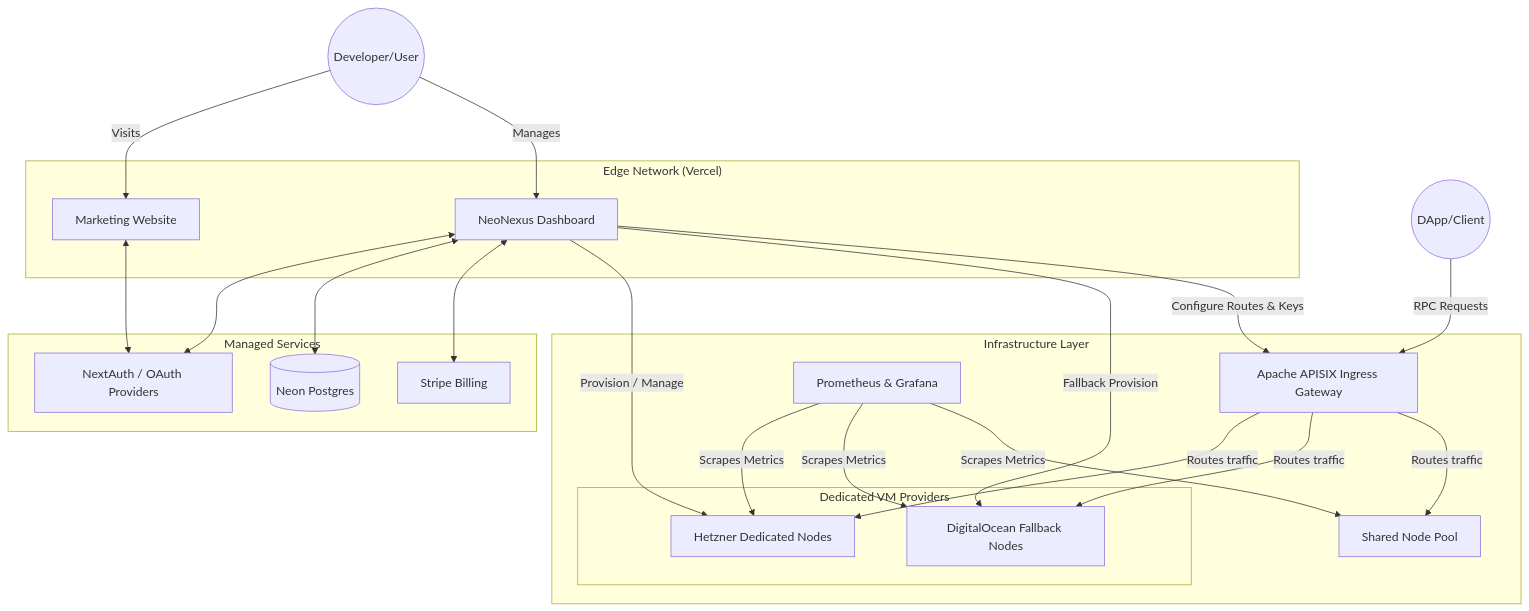
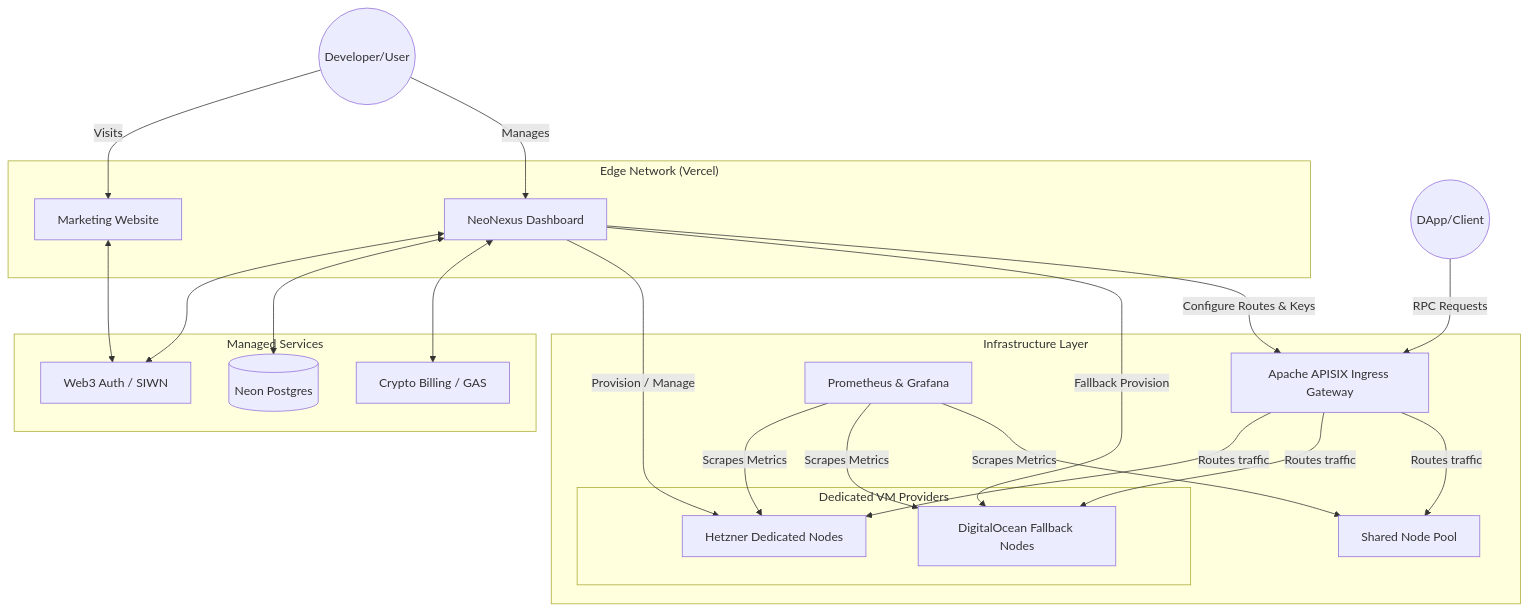
Before and after one commit to r3e-network/neo-nexus: the diagram in docs/ARCHITECTURE.md, drawn with Mermaid. The commit also changed other lines of this file and 1 other file, not shown here.

Commit message:
docs: finalize architecture and deployment documentation
- Updated architecture diagrams and text to reflect the pivot from Web2 (Stripe/OAuth) to Web3 Native (GAS Billing, SIWN, KMS).

````diff
--- a/docs/ARCHITECTURE.md
+++ b/docs/ARCHITECTURE.md
@@ -9,53 +9,53 @@
 ```mermaid
 graph TD
     %% Users
     User((Developer/User))
     DApp((DApp/Client))
 
     %% Edge Layer
     subgraph "Edge Network (Vercel)"
         Website[Marketing Website]
         Dashboard[NeoNexus Dashboard]
     end
 
     %% Auth & DB Layer
     subgraph "Managed Services"
         NeonDB[(Neon Postgres)]
-        Auth[NextAuth / OAuth Providers]
-        Stripe[Stripe Billing]
+        Auth[Web3 Auth / SIWN]
+        Billing[Crypto Billing / GAS]
     end
 
     %% Infrastructure Layer
     subgraph "Infrastructure Layer"
         APISIX[Apache APISIX Ingress Gateway]
         Prometheus[Prometheus & Grafana]
         SharedPool[Shared Node Pool]
         
         subgraph "Dedicated VM Providers"
             Hetzner[Hetzner Dedicated Nodes]
             DO[DigitalOcean Fallback Nodes]
         end
     end
 
     %% Connections
     User -->|Visits| Website
     User -->|Manages| Dashboard
     DApp -->|RPC Requests| APISIX
     
     Website <--> Auth
     Dashboard <--> Auth
     Dashboard <--> NeonDB
-    Dashboard <--> Stripe
+    Dashboard <--> Billing
     
     Dashboard -->|Provision / Manage| Hetzner
     Dashboard -->|Fallback Provision| DO
     Dashboard -->|Configure Routes & Keys| APISIX
 
     APISIX -->|Routes traffic| Hetzner
     APISIX -->|Routes traffic| DO
     APISIX -->|Routes traffic| SharedPool
 
     Prometheus -->|Scrapes Metrics| Hetzner
     Prometheus -->|Scrapes Metrics| DO
     Prometheus -->|Scrapes Metrics| SharedPool
 ```
````
